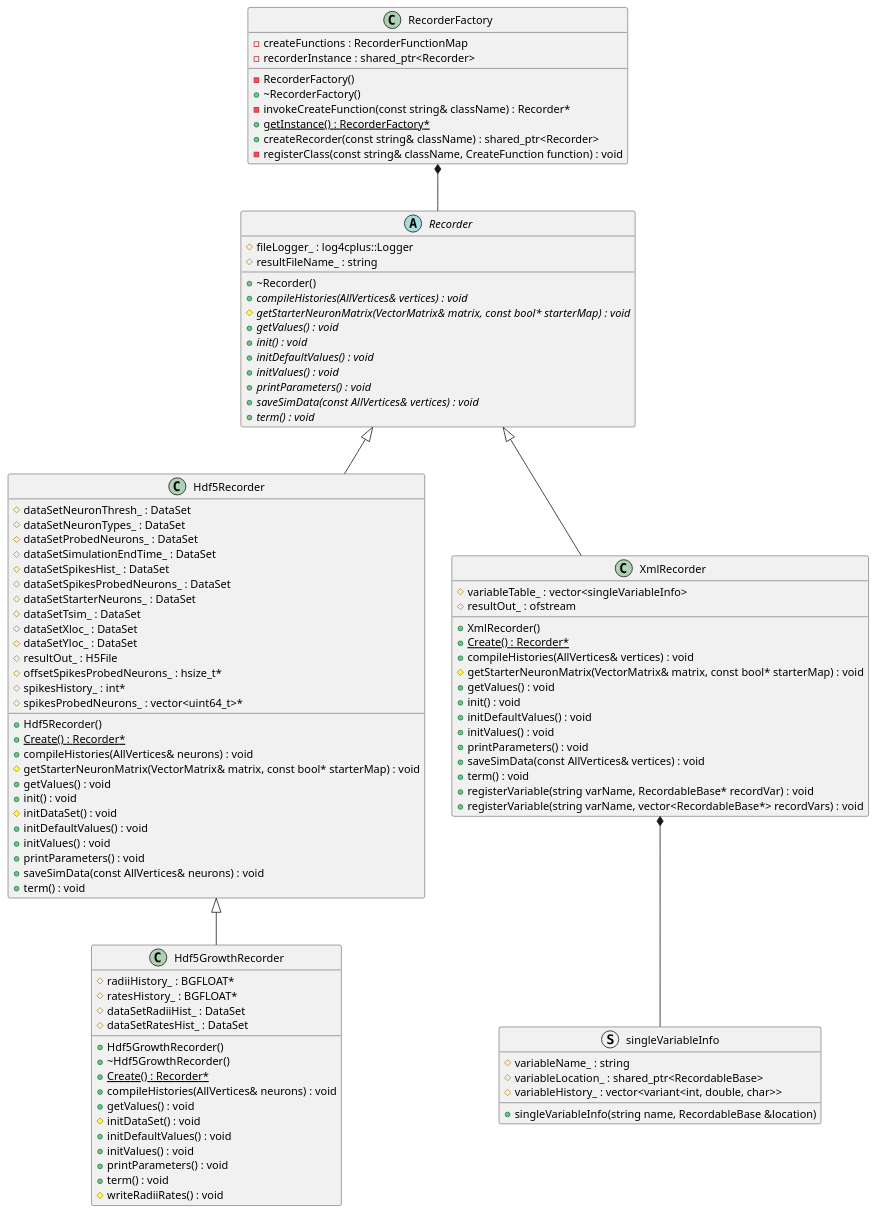
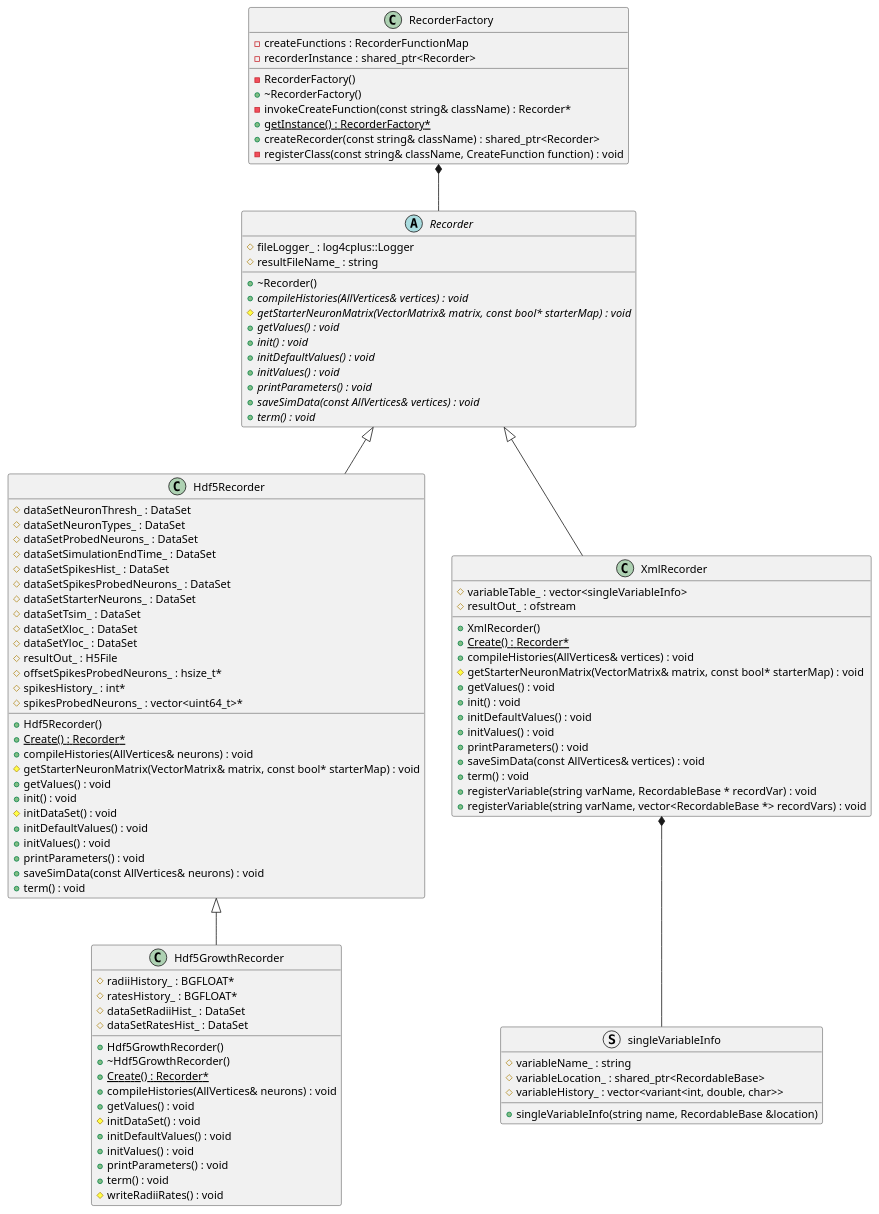
The diagram in docs/Developer/ClassDiagrams/recorder.puml (UWB-Biocomputing/Graphitti), drawn with PlantUML before and after one commit. The commit also changed 10 other files, not shown here.

```diff
--- a/docs/Developer/ClassDiagrams/recorder.puml
+++ b/docs/Developer/ClassDiagrams/recorder.puml
@@ -1,146 +1,146 @@
 @startuml RecorderClassDiagram
 
 
 
 
 
 /' Objects '/
 
 class Hdf5GrowthRecorder {
 	+Hdf5GrowthRecorder()
 	+~Hdf5GrowthRecorder()
 	#radiiHistory_ : BGFLOAT*
 	#ratesHistory_ : BGFLOAT*
 	#dataSetRadiiHist_ : DataSet
 	#dataSetRatesHist_ : DataSet
 	+{static} Create() : Recorder*
 	+compileHistories(AllVertices& neurons) : void
 	+getValues() : void
 	#initDataSet() : void
 	+initDefaultValues() : void
 	+initValues() : void
 	+printParameters() : void
 	+term() : void
 	#writeRadiiRates() : void
 }
 
 
 class Hdf5Recorder {
 	+Hdf5Recorder()
 	#dataSetNeuronThresh_ : DataSet
 	#dataSetNeuronTypes_ : DataSet
 	#dataSetProbedNeurons_ : DataSet
 	#dataSetSimulationEndTime_ : DataSet
 	#dataSetSpikesHist_ : DataSet
 	#dataSetSpikesProbedNeurons_ : DataSet
 	#dataSetStarterNeurons_ : DataSet
 	#dataSetTsim_ : DataSet
 	#dataSetXloc_ : DataSet
 	#dataSetYloc_ : DataSet
 	#resultOut_ : H5File
 	+{static} Create() : Recorder*
 	#offsetSpikesProbedNeurons_ : hsize_t*
 	#spikesHistory_ : int*
 	#spikesProbedNeurons_ : vector<uint64_t>*
 	+compileHistories(AllVertices& neurons) : void
 	#getStarterNeuronMatrix(VectorMatrix& matrix, const bool* starterMap) : void
 	+getValues() : void
 	+init() : void
 	#initDataSet() : void
 	+initDefaultValues() : void
 	+initValues() : void
 	+printParameters() : void
 	+saveSimData(const AllVertices& neurons) : void
 	+term() : void
 }
 
 
 abstract class Recorder {
 	+~Recorder()
 	#fileLogger_ : log4cplus::Logger
 	#resultFileName_ : string
 	+{abstract} compileHistories(AllVertices& vertices) : void
 	#{abstract} getStarterNeuronMatrix(VectorMatrix& matrix, const bool* starterMap) : void
 	+{abstract} getValues() : void
 	+{abstract} init() : void
 	+{abstract} initDefaultValues() : void
 	+{abstract} initValues() : void
 	+{abstract} printParameters() : void
 	+{abstract} saveSimData(const AllVertices& vertices) : void
 	+{abstract} term() : void
 }
 
 
 class RecorderFactory {
 	-RecorderFactory()
 	+~RecorderFactory()
 	-invokeCreateFunction(const string& className) : Recorder*
 	+{static} getInstance() : RecorderFactory*
 	-createFunctions : RecorderFunctionMap
 	+createRecorder(const string& className) : shared_ptr<Recorder>
 	-recorderInstance : shared_ptr<Recorder>
 	-registerClass(const string& className, CreateFunction function) : void
 }
 
 
 class XmlRecorder {
 	+XmlRecorder()
 	+{static} Create() : Recorder*
 	#variableTable_ : vector<singleVariableInfo>
 	#resultOut_ : ofstream
 	+compileHistories(AllVertices& vertices) : void
 	#getStarterNeuronMatrix(VectorMatrix& matrix, const bool* starterMap) : void
 	+getValues() : void
 	+init() : void
 	+initDefaultValues() : void
 	+initValues() : void
 	+printParameters() : void
 	+saveSimData(const AllVertices& vertices) : void
 	+term() : void
-	+registerVariable(string varName, RecordableBase* recordVar) : void
-	+registerVariable(string varName, vector<RecordableBase*> recordVars) : void
+	+registerVariable(string varName, RecordableBase * recordVar) : void
+	+registerVariable(string varName, vector<RecordableBase *> recordVars) : void
 	
 	/' methods only used for unit test 
 	+XmlRecorder(string fileName_)
 	+getVariableName(int numIndex) const : string
 	+getSingleVariable(int numIndex) const : &EventBuffer
 	+getHistory() const : const &vector<vector<uint64_t>>
 	'/
 }
 
 struct singleVariableInfo {
 	#variableName_ : string
 	#variableLocation_ : shared_ptr<RecordableBase>
 	#variableHistory_ : vector<variant<int, double, char>>
 	+singleVariableInfo(string name, RecordableBase &location)
 }
 
 
 
 /' Inheritance relationships '/
 
 .Hdf5Recorder <|-- .Hdf5GrowthRecorder
 
 
 .Recorder <|-- .Hdf5Recorder
 
 
 .Recorder <|-- .XmlRecorder
 
 
 /' Aggregation relationships '/
 
 .RecorderFactory *-- .Recorder
 
 /' Composition relationships '/
 
 .XmlRecorder *-- .singleVariableInfo
 
 
 
 
 /' Nested objects '/
 
 
 
 @enduml
```
